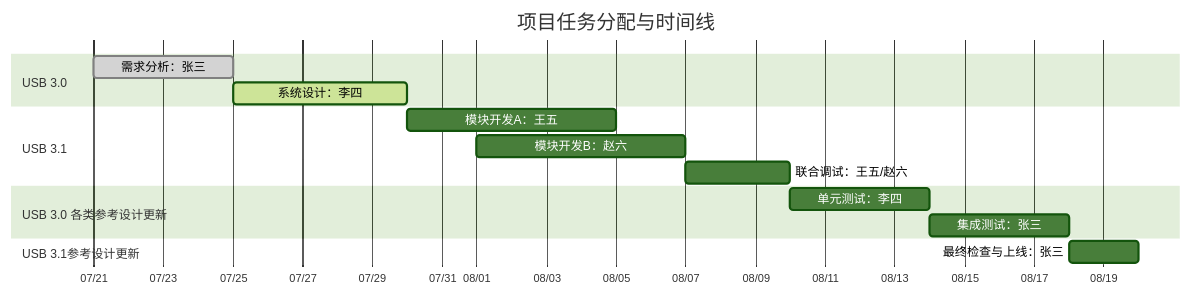
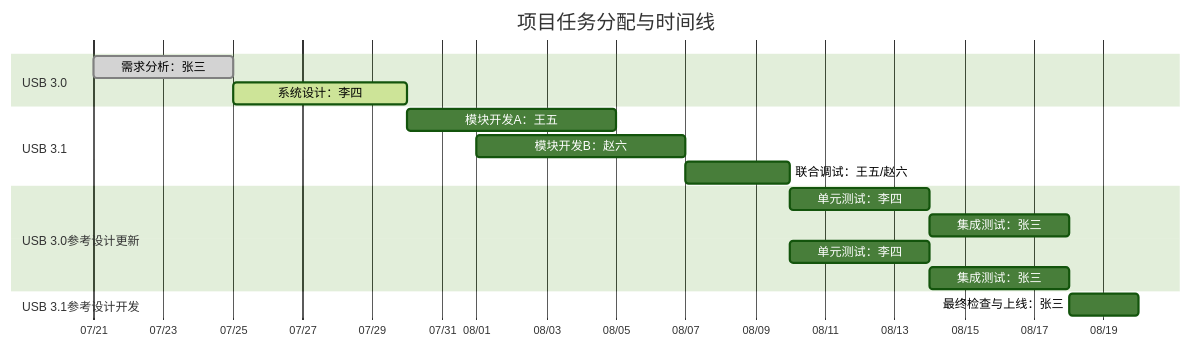
The diagram in all/未命名.md (winsonbook/iodraw-files), drawn with Mermaid (forest theme) before and after one commit.

Commit message:
2025-07-21 09:41:13 update

````diff
--- a/all/未命名.md
+++ b/all/未命名.md
@@ -1,23 +1,26 @@
 ```mermaid
 gantt
     title 项目任务分配与时间线
     dateFormat  YYYY-MM-DD
     axisFormat  %m/%d
 
     section USB 3.0
     需求分析：张三       :done,    task1, 2025-07-21, 4d
     系统设计：李四       :active,  task2, 2025-07-25, 5d
 
     section USB 3.1
     模块开发A：王五      :         task3, 2025-07-30, 6d
     模块开发B：赵六      :         task4, 2025-08-01, 6d
     联合调试：王五/赵六  :         task5, 2025-08-07, 3d
 
-    section USB 3.0 各类参考设计更新
+        section USB 3.0参考设计更新
+    单元测试：李四       :         task6, 2025-08-10, 4d
+    集成测试：张三       :         task7, 2025-08-14, 4d
+    section USB 3.0参考设计更新
     单元测试：李四       :         task6, 2025-08-10, 4d
     集成测试：张三       :         task7, 2025-08-14, 4d
 
-    section USB 3.1参考设计更新
+    section USB 3.1参考设计开发
     最终检查与上线：张三 :         task8, 2025-08-18, 2d
 
 ```
````
